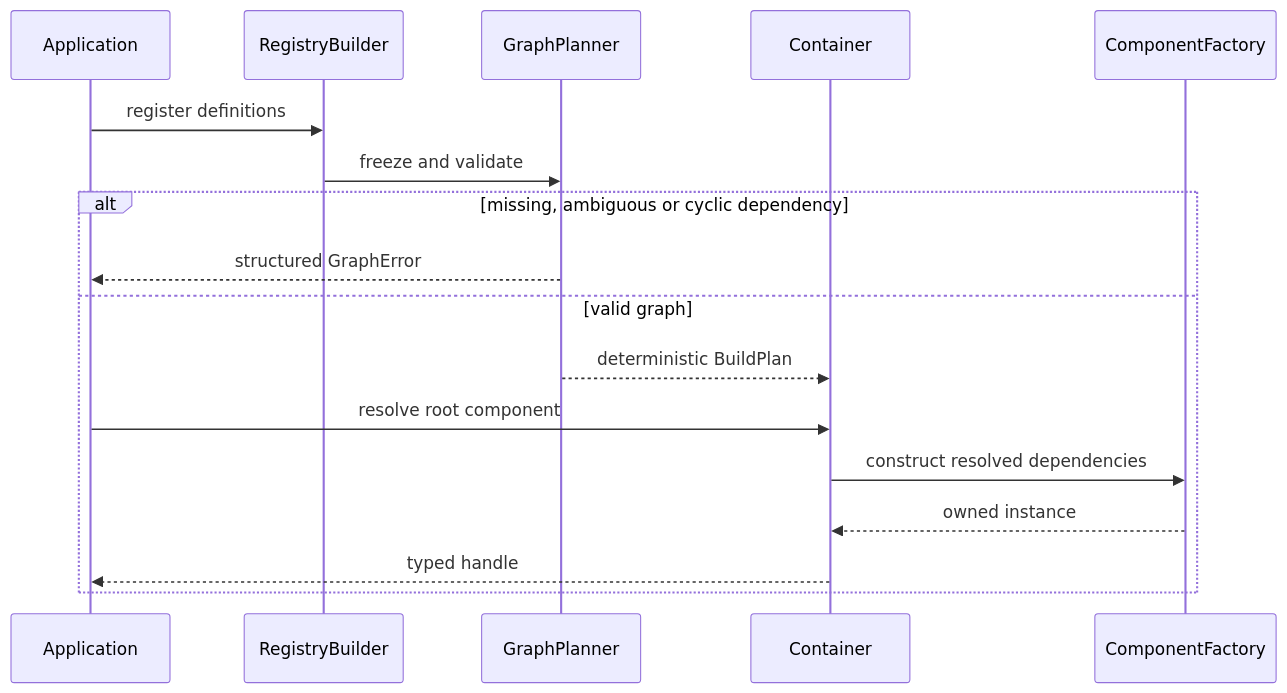
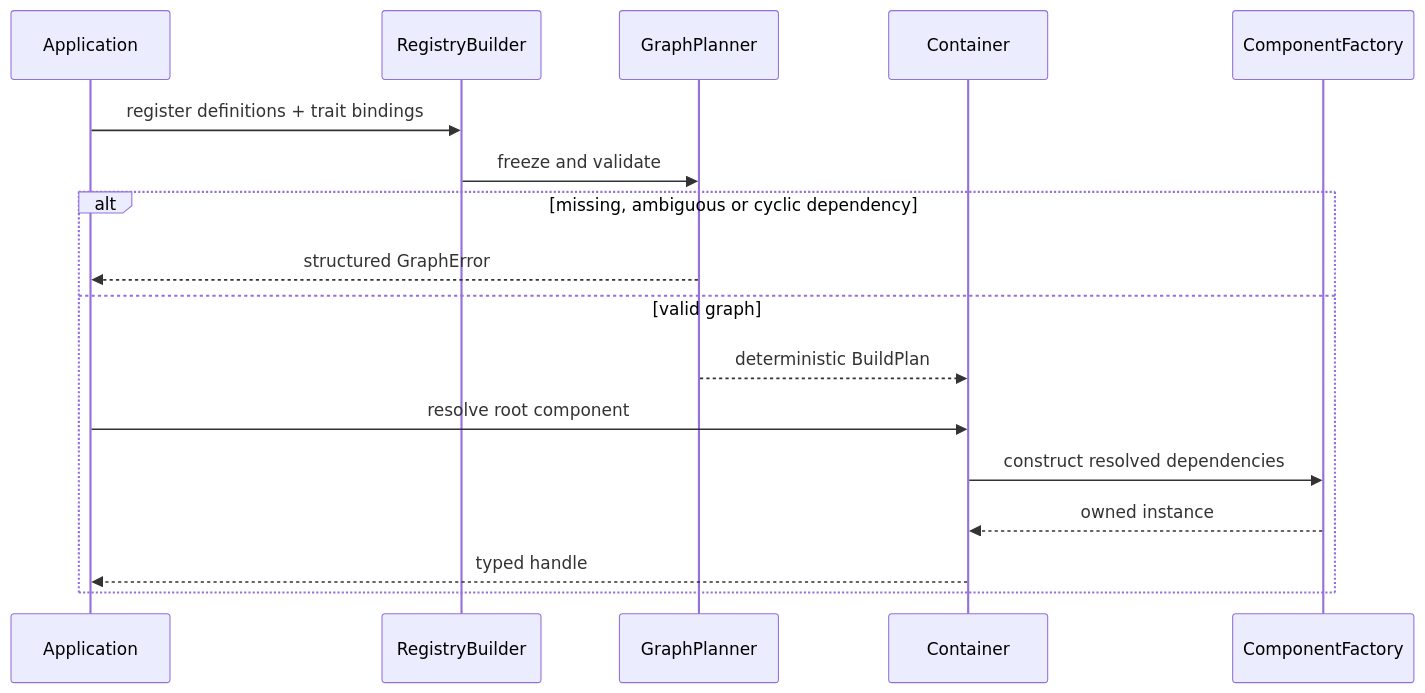
One commit to easy-4-rust/vernal changed the fourth of 11 diagrams in docs/Vernal-Architecture.zh_CN.md. Above: the diagram before and after it, drawn with Mermaid. The commit also changed other lines of this file and 45 other files, not shown here.

Commit message:
feat(ioc): bind trait implementations in the component graph

````diff
--- a/docs/Vernal-Architecture.zh_CN.md
+++ b/docs/Vernal-Architecture.zh_CN.md
@@ -278,20 +283,20 @@
 ```mermaid
 sequenceDiagram
     participant A as Application
     participant R as RegistryBuilder
     participant G as GraphPlanner
     participant C as Container
     participant F as ComponentFactory
 
-    A->>R: register definitions
+    A->>R: register definitions + trait bindings
     R->>G: freeze and validate
     alt missing, ambiguous or cyclic dependency
         G-->>A: structured GraphError
     else valid graph
         G-->>C: deterministic BuildPlan
         A->>C: resolve root component
         C->>F: construct resolved dependencies
         F-->>C: owned instance
         C-->>A: typed handle
     end
 ```
````
